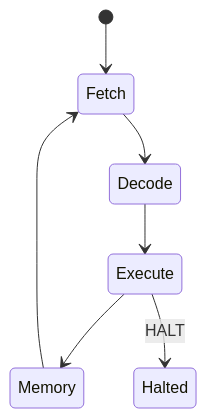
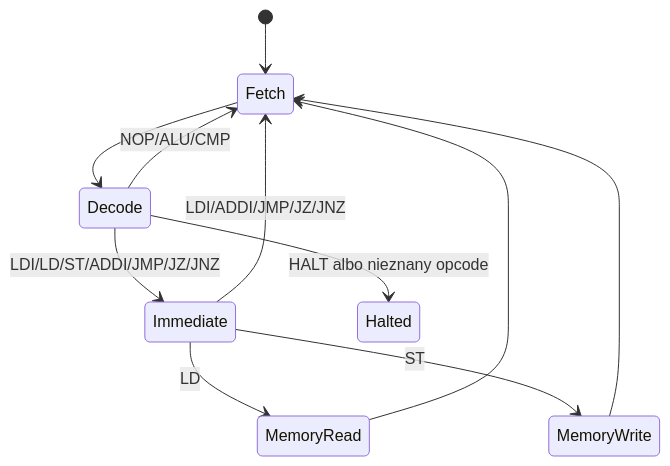
The first of 2 diagrams in docs/mini_cpu.md (MALIKM987/fpga-audio-platform), drawn with Mermaid before and after one commit. The commit also changed other lines of this file and 8 other files, not shown here.

````diff
--- a/docs/mini_cpu.md
+++ b/docs/mini_cpu.md
@@ -28,9 +53,13 @@
 ```mermaid
 stateDiagram-v2
     [*] --> Fetch
     Fetch --> Decode
-    Decode --> Execute
-    Execute --> Memory
-    Memory --> Fetch
-    Execute --> Halted: HALT
+    Decode --> Immediate: LDI/LD/ST/ADDI/JMP/JZ/JNZ
+    Decode --> Fetch: NOP/ALU/CMP
+    Immediate --> MemoryRead: LD
+    Immediate --> MemoryWrite: ST
+    Immediate --> Fetch: LDI/ADDI/JMP/JZ/JNZ
+    MemoryRead --> Fetch
+    MemoryWrite --> Fetch
+    Decode --> Halted: HALT albo nieznany opcode
 ```
````
